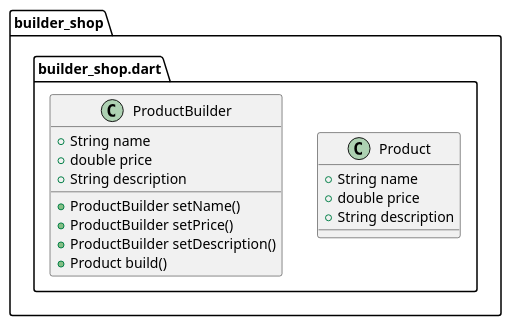
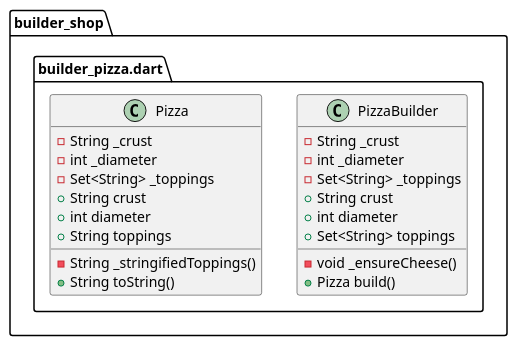
The diagram in diagram.puml (Alex-0277911/builder_shop), drawn with PlantUML before and after one commit. The commit also changed 7 other files, not shown here.

```diff
--- a/diagram.puml
+++ b/diagram.puml
@@ -1,21 +1,27 @@
 @startuml
 set namespaceSeparator ::
 
-class "builder_shop::builder_shop.dart::Product" {
-  +String name
-  +double price
-  +String description
+class "builder_shop::builder_pizza.dart::PizzaBuilder" {
+  -String _crust
+  -int _diameter
+  -Set<String> _toppings
+  +String crust
+  +int diameter
+  +Set<String> toppings
+  -void _ensureCheese()
+  +Pizza build()
 }
 
-class "builder_shop::builder_shop.dart::ProductBuilder" {
-  +String name
-  +double price
-  +String description
-  +ProductBuilder setName()
-  +ProductBuilder setPrice()
-  +ProductBuilder setDescription()
-  +Product build()
+class "builder_shop::builder_pizza.dart::Pizza" {
+  -String _crust
+  -int _diameter
+  -Set<String> _toppings
+  +String crust
+  +int diameter
+  +String toppings
+  -String _stringifiedToppings()
+  +String toString()
 }
 
 
 @enduml
```
